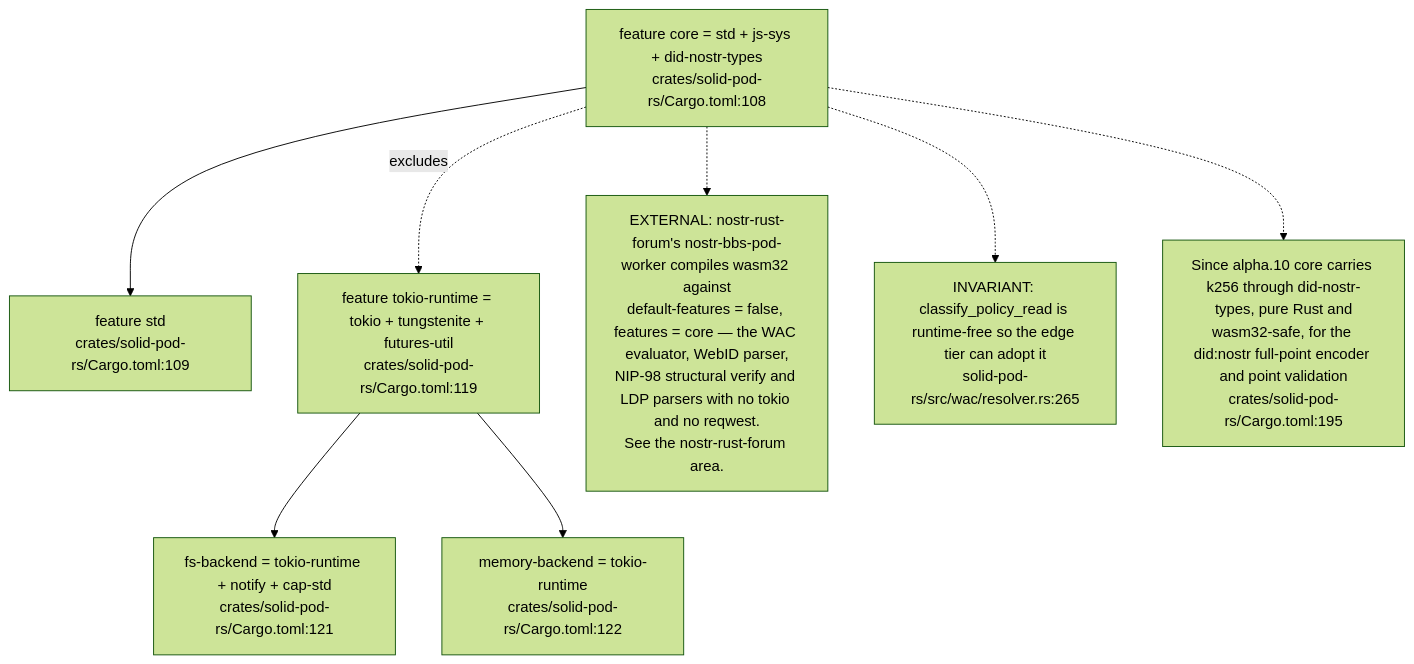
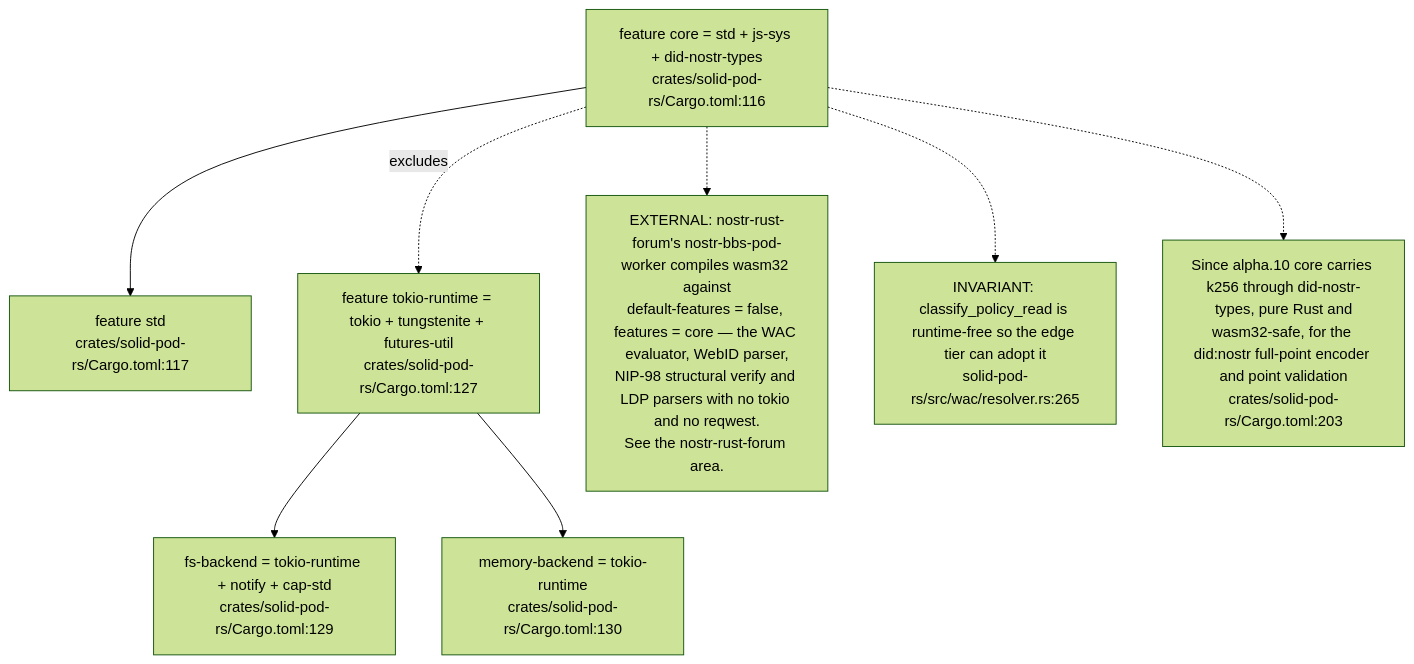
Before and after one commit to DreamLab-AI/VisionFlow: the third of 12 diagrams in docs/diagrams/solid-pod-rs/01-workspace-composition.md, drawn with Mermaid (forest theme). The commit also changed other lines of this file and 21 other files, not shown here.

Commit message:
docs(diagrams): refresh first verified estate batch

````diff
--- a/docs/diagrams/solid-pod-rs/01-workspace-composition.md
+++ b/docs/diagrams/solid-pod-rs/01-workspace-composition.md
@@ -107,22 +107,22 @@
 ```mermaid
 flowchart TD
-    CORE_F["feature core = std + js-sys + did-nostr-types<br/>crates/solid-pod-rs/Cargo.toml:108"]
-    STD["feature std<br/>crates/solid-pod-rs/Cargo.toml:109"]
-    TOKIO["feature tokio-runtime = tokio + tungstenite + futures-util<br/>crates/solid-pod-rs/Cargo.toml:119"]
-    FSB["fs-backend = tokio-runtime + notify + cap-std<br/>crates/solid-pod-rs/Cargo.toml:121"]
-    MEMB["memory-backend = tokio-runtime<br/>crates/solid-pod-rs/Cargo.toml:122"]
+    CORE_F["feature core = std + js-sys + did-nostr-types<br/>crates/solid-pod-rs/Cargo.toml:116"]
+    STD["feature std<br/>crates/solid-pod-rs/Cargo.toml:117"]
+    TOKIO["feature tokio-runtime = tokio + tungstenite + futures-util<br/>crates/solid-pod-rs/Cargo.toml:127"]
+    FSB["fs-backend = tokio-runtime + notify + cap-std<br/>crates/solid-pod-rs/Cargo.toml:129"]
+    MEMB["memory-backend = tokio-runtime<br/>crates/solid-pod-rs/Cargo.toml:130"]
 
     CORE_F --> STD
     CORE_F -. "excludes" .-> TOKIO
     TOKIO --> FSB
     TOKIO --> MEMB
 
     E1["EXTERNAL: nostr-rust-forum's nostr-bbs-pod-worker compiles wasm32 against<br/>default-features = false, features = core — the WAC evaluator, WebID parser,<br/>NIP-98 structural verify and LDP parsers with no tokio and no reqwest.<br/>See the nostr-rust-forum area."]
     CORE_F -.-> E1
 
     E2["INVARIANT: classify_policy_read is runtime-free so the edge tier can adopt it<br/>solid-pod-rs/src/wac/resolver.rs:265"]
     CORE_F -.-> E2
 
-    E3["Since alpha.10 core carries k256 through did-nostr-types, pure Rust and<br/>wasm32-safe, for the did:nostr full-point encoder and point validation<br/>crates/solid-pod-rs/Cargo.toml:195"]
+    E3["Since alpha.10 core carries k256 through did-nostr-types, pure Rust and<br/>wasm32-safe, for the did:nostr full-point encoder and point validation<br/>crates/solid-pod-rs/Cargo.toml:203"]
     CORE_F -.-> E3
 ```
````
